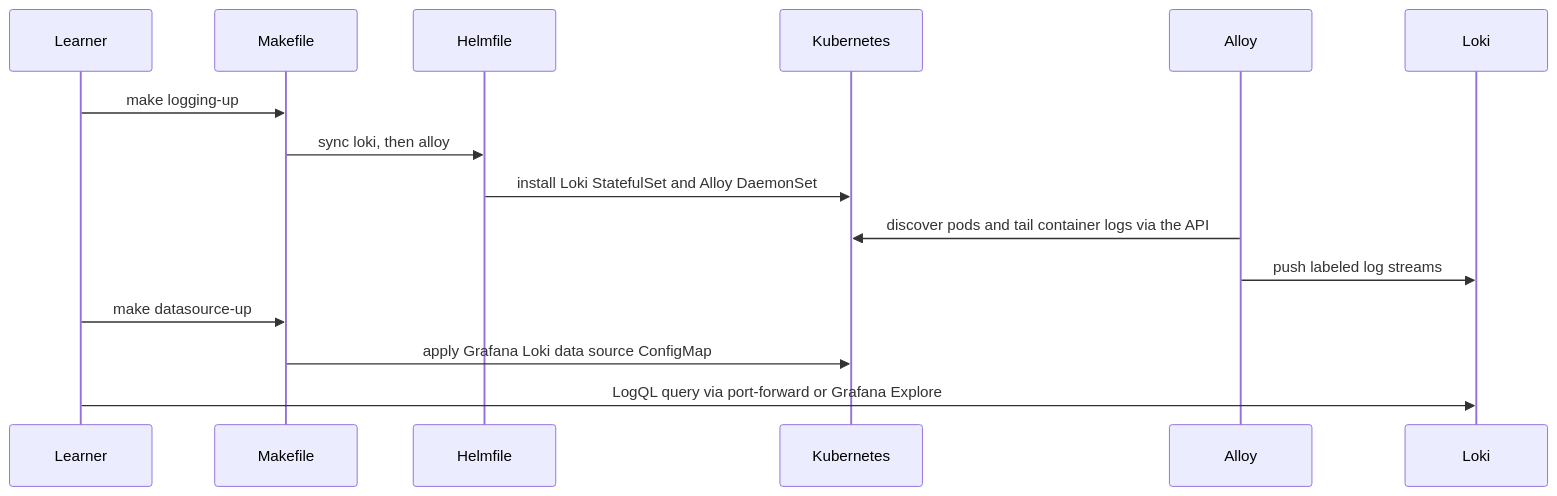
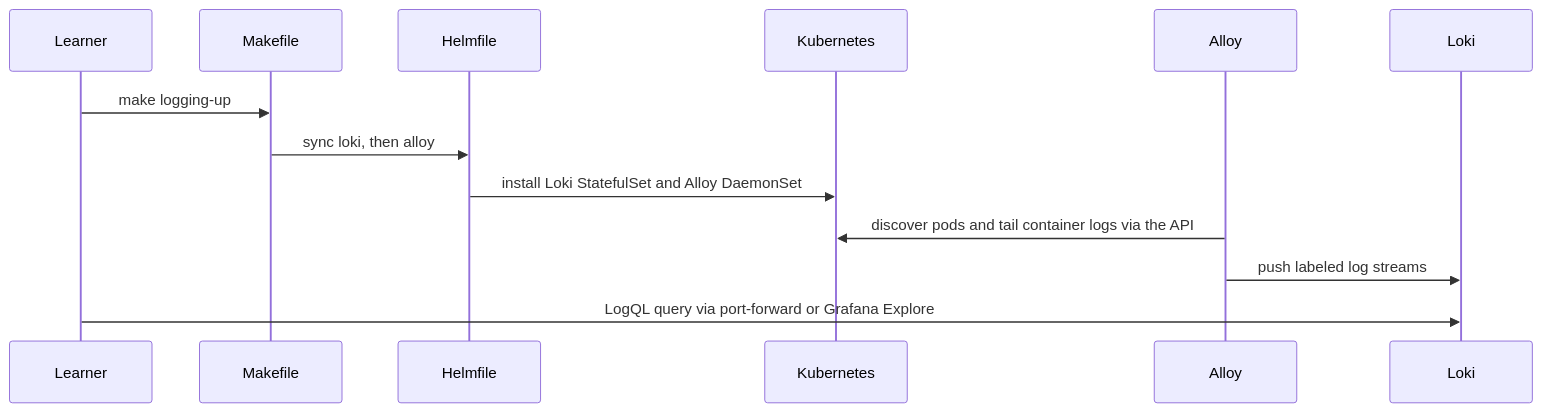
One commit to AbdulRahmanAlHamali/5percent-observability changed the third of 4 diagrams in docs/architecture.md. Above: the diagram before and after it, drawn with Mermaid. The commit also changed other lines of this file and 6 other files, not shown here.

First line of the commit message:
Unify Loki data source into kube-prometheus-stack-values.yaml

````diff
--- a/docs/architecture.md
+++ b/docs/architecture.md
@@ -72,18 +72,16 @@
 ```mermaid
 sequenceDiagram
   participant Learner
   participant Make as Makefile
   participant Helmfile
   participant Kubernetes
   participant Alloy
   participant Loki
 
   Learner->>Make: make logging-up
   Make->>Helmfile: sync loki, then alloy
   Helmfile->>Kubernetes: install Loki StatefulSet and Alloy DaemonSet
   Alloy->>Kubernetes: discover pods and tail container logs via the API
   Alloy->>Loki: push labeled log streams
-  Learner->>Make: make datasource-up
-  Make->>Kubernetes: apply Grafana Loki data source ConfigMap
   Learner->>Loki: LogQL query via port-forward or Grafana Explore
 ```
````
